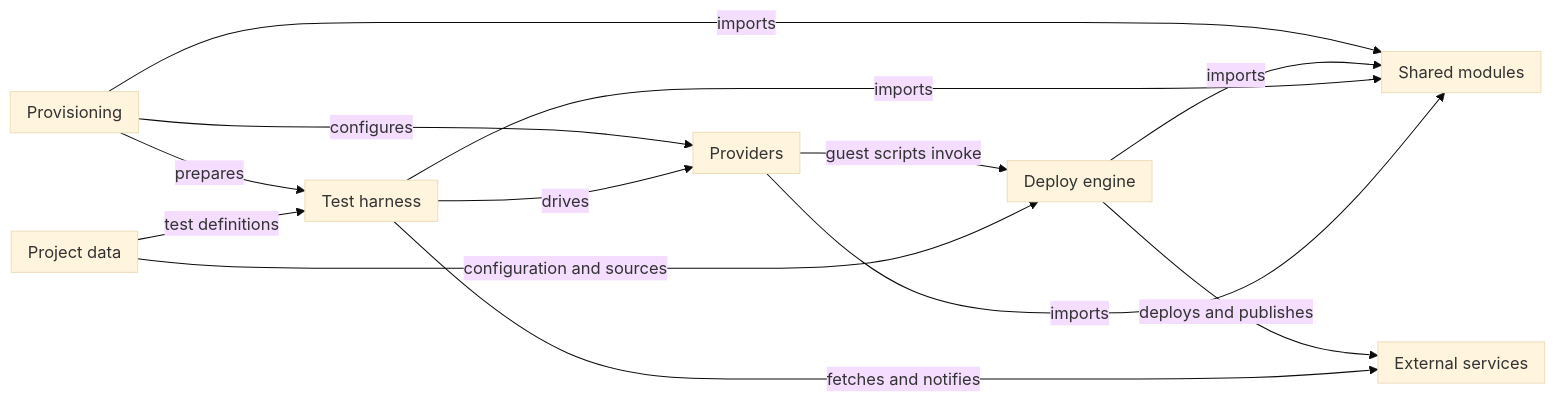
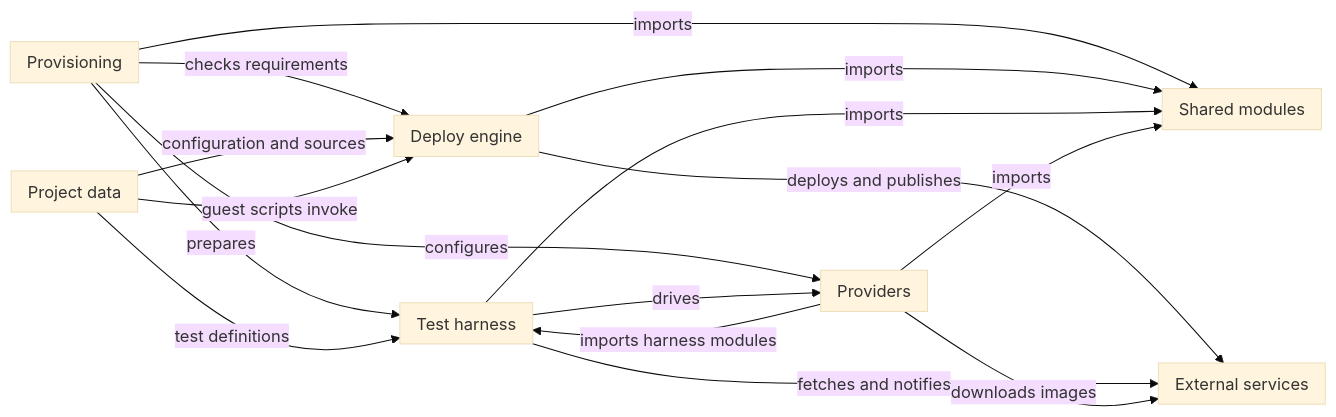
Before and after one commit to alissonsol/yuruna: the diagram in docs/design/01-context-and-components.md, drawn with Mermaid (base theme). The commit also changed other lines of this file and 1409 other files, not shown here.

````diff
--- a/docs/design/01-context-and-components.md
+++ b/docs/design/01-context-and-components.md
@@ -9,29 +9,32 @@
 ```mermaid
 flowchart LR
     subgraph install["Provisioning"]
     end
     subgraph automation["Deploy engine"]
     end
     subgraph test["Test harness"]
     end
     subgraph host["Providers"]
     end
     subgraph yuruna-project["Project data"]
     end
     subgraph yuruna-common-psm1["Shared modules"]
     end
     subgraph global-resources["External services"]
     end
     install -->|prepares| test
     install -->|configures| host
+    install -->|checks requirements| automation
     test -->|drives| host
-    host -->|guest scripts invoke| automation
+    host -->|imports harness modules| test
     yuruna-project -->|configuration and sources| automation
+    yuruna-project -->|guest scripts invoke| automation
     yuruna-project -->|test definitions| test
     install -->|imports| yuruna-common-psm1
     automation -->|imports| yuruna-common-psm1
     test -->|imports| yuruna-common-psm1
     host -->|imports| yuruna-common-psm1
     automation -->|deploys and publishes| global-resources
     test -->|fetches and notifies| global-resources
+    host -->|downloads images| global-resources
 ```
````
